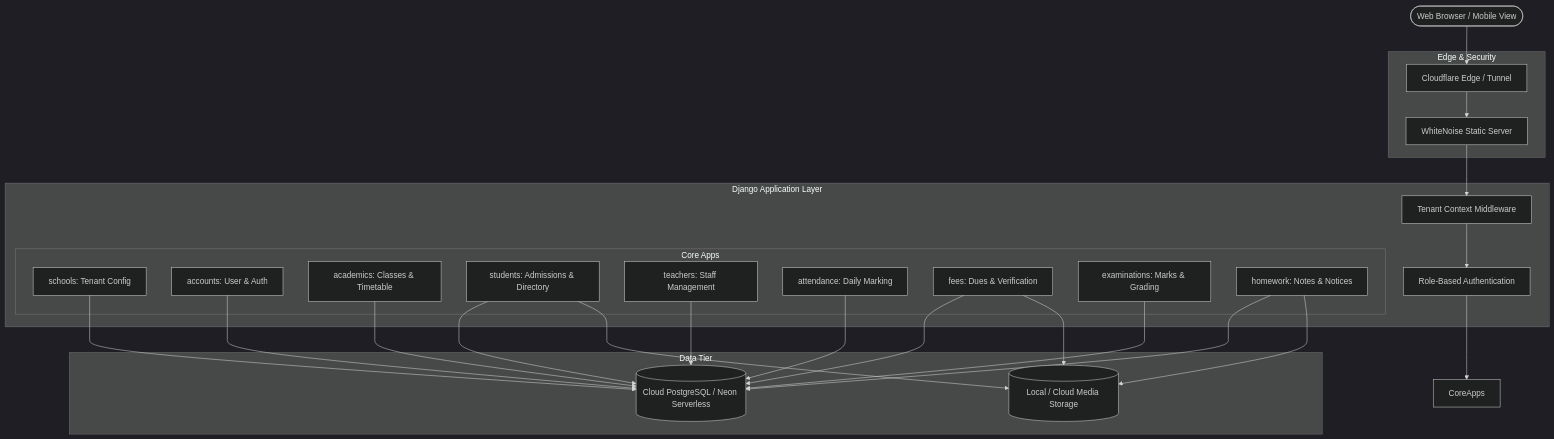
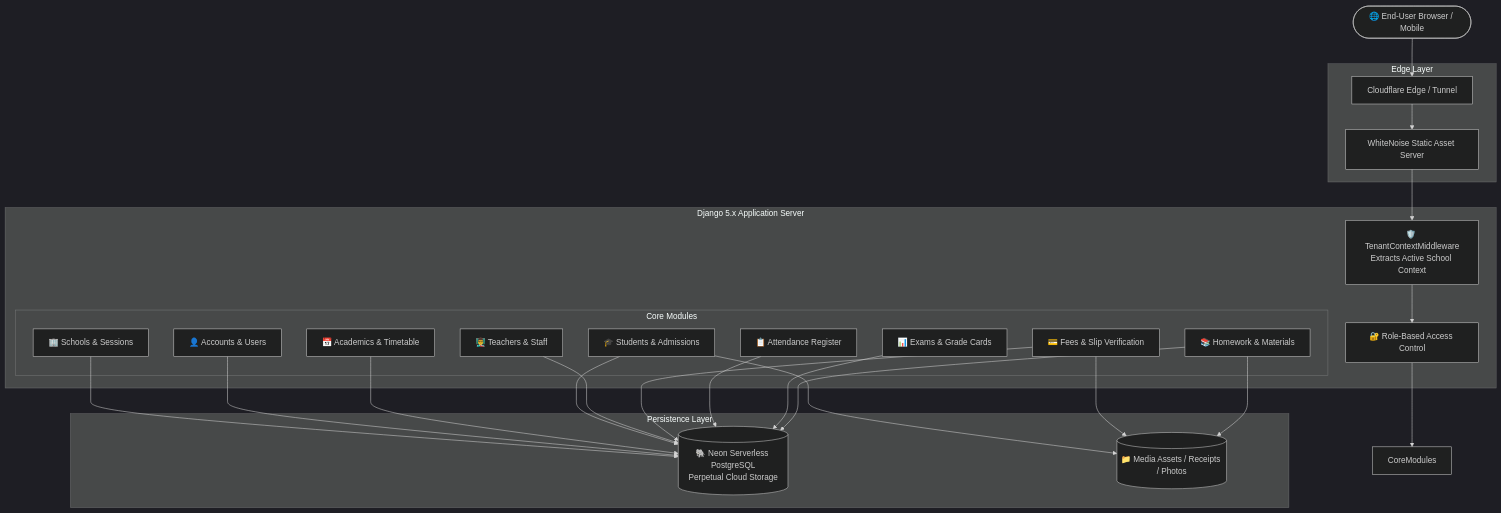
The diagram in README.md (Abhi2701singh/school-erp), drawn with Mermaid (dark theme) before and after one commit. The commit also changed other lines of this file, not shown here.

Commit message:
Enhance README.md with attractive badges, module cards, role matrix and visual diagrams

````diff
--- a/README.md
+++ b/README.md
@@ -81,36 +125,36 @@
 ```mermaid
 flowchart TD
-    Client([Web Browser / Mobile View])
+    User([🌐 End-User Browser / Mobile])
     
-    subgraph Edge & Security
+    subgraph Edge Layer
         CF[Cloudflare Edge / Tunnel]
-        WN[WhiteNoise Static Server]
+        WN[WhiteNoise Static Asset Server]
     end
 
-    subgraph Django Application Layer
-        TM[Tenant Context Middleware]
-        Auth[Role-Based Authentication]
+    subgraph Application Tier [Django 5.x Application Server]
+        TM[🛡️ TenantContextMiddleware\nExtracts Active School Context]
+        Auth[🔐 Role-Based Access Control]
         
-        subgraph Core Apps
-            SCH[schools: Tenant Config]
-            ACC[accounts: User & Auth]
-            ACAD[academics: Classes & Timetable]
-            STU[students: Admissions & Directory]
-            TEA[teachers: Staff Management]
-            ATT[attendance: Daily Marking]
-            FEE[fees: Dues & Verification]
-            EXAM[examinations: Marks & Grading]
-            HW[homework: Notes & Notices]
+        subgraph Core Modules
+            MOD_SCH[🏢 Schools & Sessions]
+            MOD_ACC[👤 Accounts & Users]
+            MOD_ACAD[📅 Academics & Timetable]
+            MOD_STU[🎓 Students & Admissions]
+            MOD_TEA[👨‍🏫 Teachers & Staff]
+            MOD_FEE[💳 Fees & Slip Verification]
+            MOD_ATT[📋 Attendance Register]
+            MOD_EXAM[📊 Exams & Grade Cards]
+            MOD_HW[📚 Homework & Materials]
         end
     end
 
-    subgraph Data Tier
-        Postgres[(Cloud PostgreSQL / Neon Serverless)]
-        Media[(Local / Cloud Media Storage)]
+    subgraph Persistence Layer
+        Neon[(🐘 Neon Serverless PostgreSQL\nPerpetual Cloud Storage)]
+        Media[(📁 Media Assets / Receipts / Photos)]
     end
 
-    Client --> CF --> WN --> TM --> Auth
-    Auth --> CoreApps
-    SCH & ACC & ACAD & STU & TEA & ATT & FEE & EXAM & HW --> Postgres
-    STU & HW & FEE --> Media
+    User --> CF --> WN --> TM --> Auth
+    Auth --> CoreModules
+    MOD_SCH & MOD_ACC & MOD_ACAD & MOD_STU & MOD_TEA & MOD_FEE & MOD_ATT & MOD_EXAM & MOD_HW --> Neon
+    MOD_STU & MOD_FEE & MOD_HW --> Media
 ```
````
